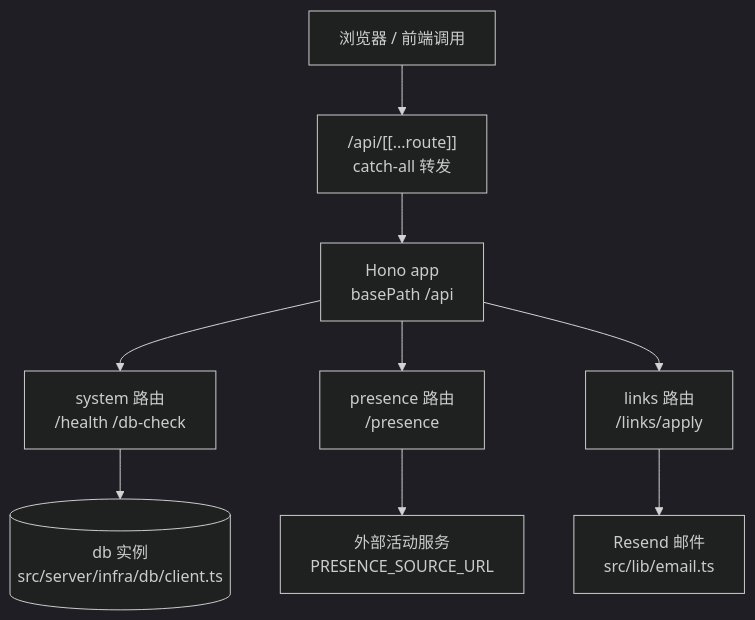
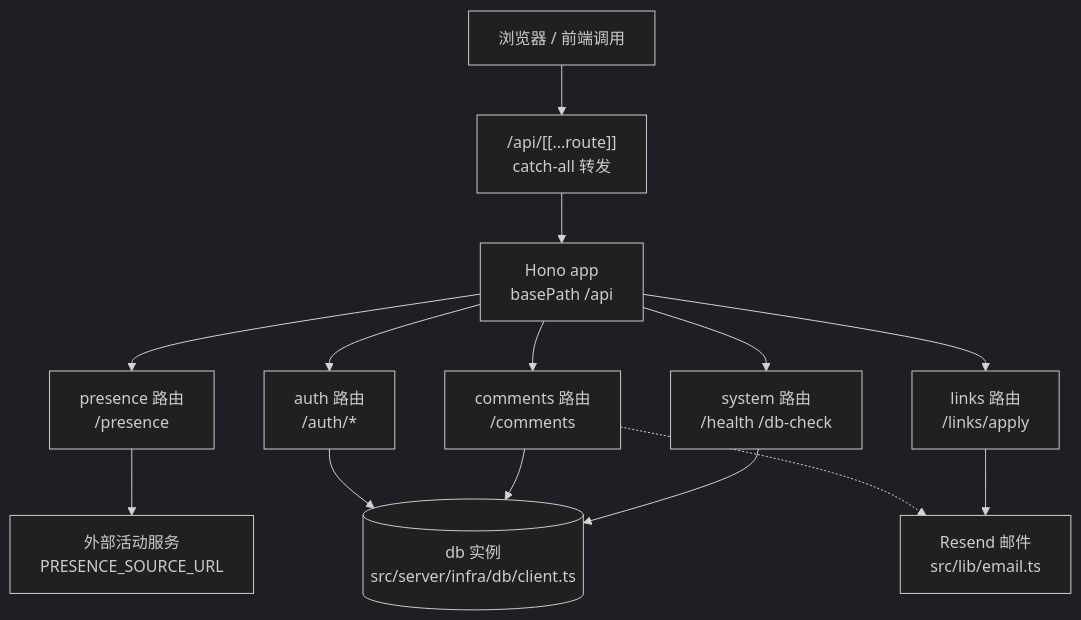
One commit to xidongdong-153/blog changed the diagram in .trellis/spec/backend/api-design-guidelines.md. Above: the diagram before and after it, drawn with Mermaid. The commit also changed other lines of this file and 48 other files, not shown here.

Commit message:
feat(comments): 接入 Better Auth 社交评论系统

````diff
--- a/.trellis/spec/backend/api-design-guidelines.md
+++ b/.trellis/spec/backend/api-design-guidelines.md
@@ -86,12 +86,17 @@
 ```mermaid
 %%{init: {"theme": "dark"}}%%
 flowchart TD
   B["浏览器 / 前端调用"] --> C["/api/[[...route]]<br/>catch-all 转发"]
   C --> H["Hono app<br/>basePath /api"]
   H --> S["system 路由<br/>/health /db-check"]
   H --> P["presence 路由<br/>/presence"]
   H --> L["links 路由<br/>/links/apply"]
+  H --> COM["comments 路由<br/>/comments"]
+  H --> AUTH["auth 路由<br/>/auth/*"]
   S --> DB[("db 实例<br/>src/server/infra/db/client.ts")]
+  COM --> DB
+  AUTH --> DB
   P --> EXT["外部活动服务<br/>PRESENCE_SOURCE_URL"]
   L --> MAIL["Resend 邮件<br/>src/lib/email.ts"]
+  COM -.-> MAIL
 ```
````
